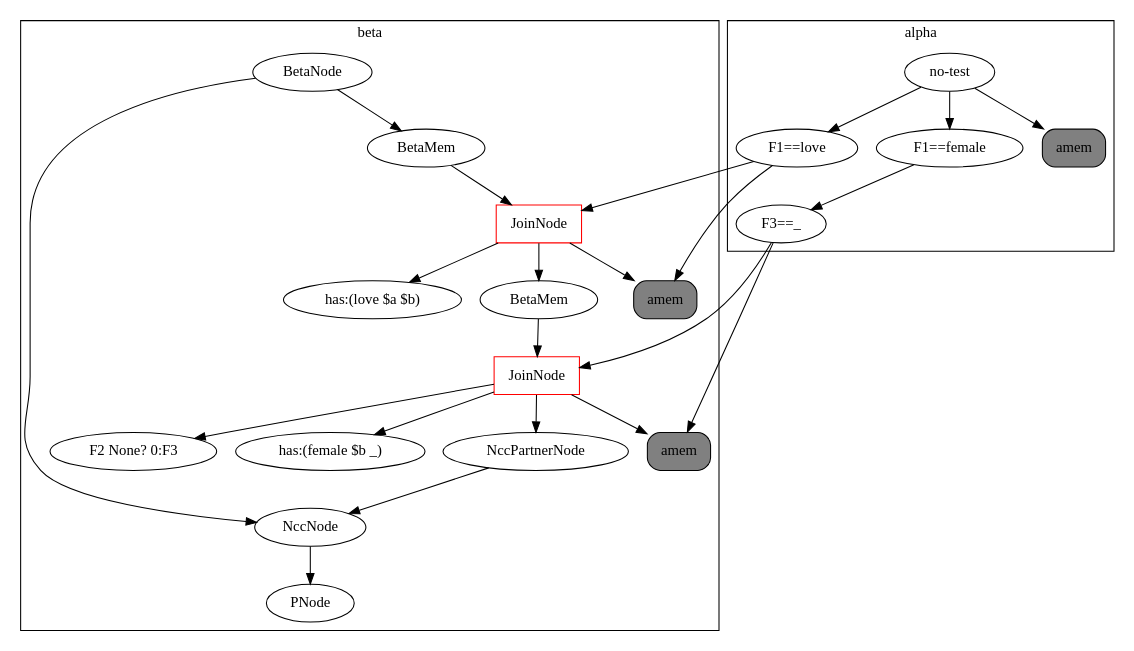
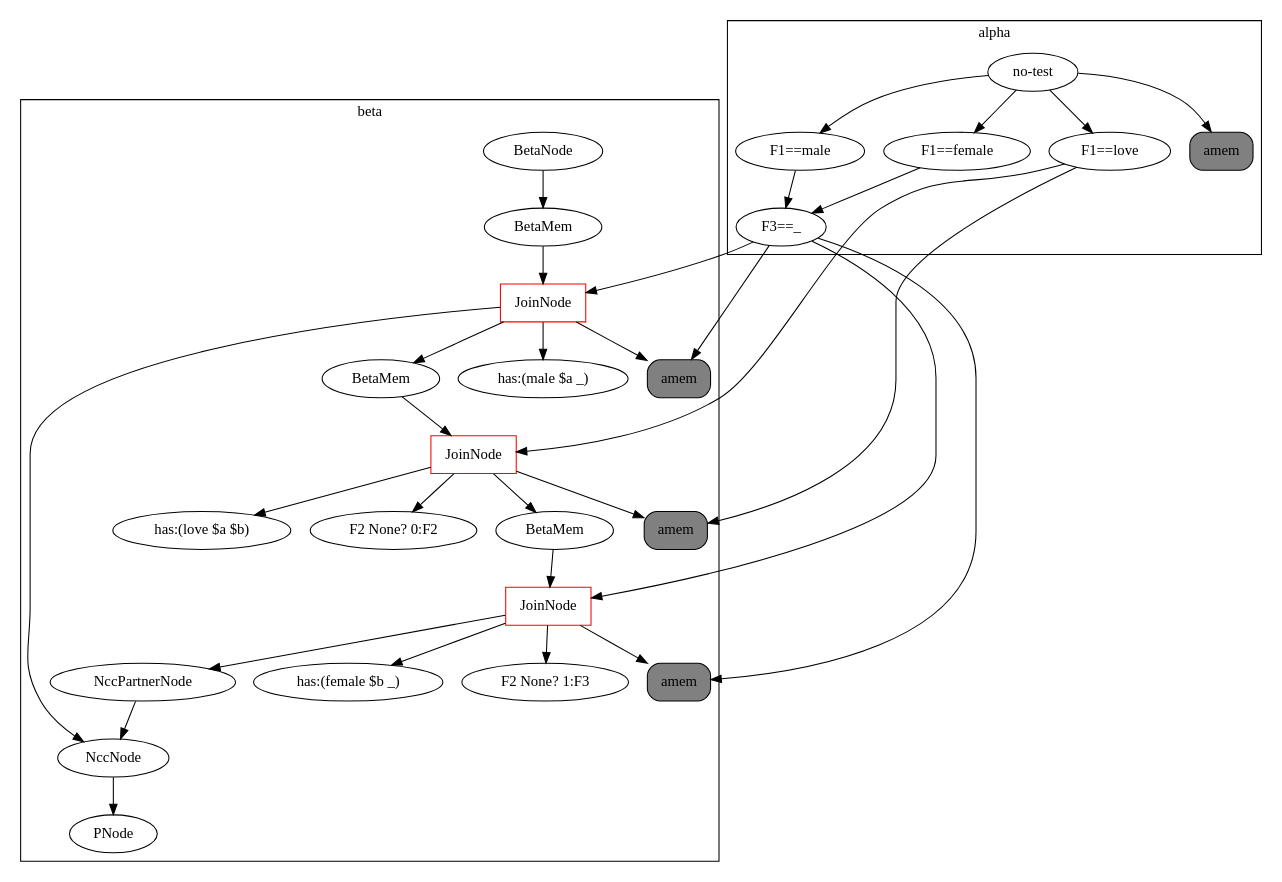
The diagram in rete.dot (Cybernetic1/GIRL), drawn with Graphviz before and after one commit. The commit also changed 8 other files, not shown here.

```diff
--- a/rete.dot
+++ b/rete.dot
@@ -1,40 +1,52 @@
 digraph {
 	subgraph cluster_1 {
 	label = beta
-	"BetaNode 140452181298704" [label="BetaNode"];
-	"BetaNode 140452181298704" -> "BetaMemory 140452181413224";
-	"BetaMemory 140452181413224" [label="BetaMem"];
-	"BetaMemory 140452181413224" -> "JoinNode 140452181413448";
-	"JoinNode 140452181413448" [shape=box, color=red, label="JoinNode"];
-	"JoinNode 140452181413448" -> "amem:<rete.alpha.AlphaMemory object at 0x7fbd92618e10>"
-	"JoinNode 140452181413448" -> "has:(love $a $b)"
-	"JoinNode 140452181413448" -> "BetaMemory 140452181413504";
-	"BetaMemory 140452181413504" [label="BetaMem"];
-	"BetaMemory 140452181413504" -> "JoinNode 140452181413784";
-	"JoinNode 140452181413784" [shape=box, color=red, label="JoinNode"];
-	"JoinNode 140452181413784" -> "amem:<rete.alpha.AlphaMemory object at 0x7fbd92618f60>"
-	"JoinNode 140452181413784" -> "has:(female $b _)"
-	"JoinNode 140452181413784" -> "F2 None? 0:F3"
-	"JoinNode 140452181413784" -> "<rete.ncc_node.NccPartnerNode object at 0x7fbd92618fd0>";
-	"<rete.ncc_node.NccPartnerNode object at 0x7fbd92618fd0>" [label="NccPartnerNode"];
-	"<rete.ncc_node.NccPartnerNode object at 0x7fbd92618fd0>" -> "<rete.ncc_node.NccNode object at 0x7fbd92618d30>";
-	"BetaNode 140452181298704" -> "<rete.ncc_node.NccNode object at 0x7fbd92618d30>";
-	"<rete.ncc_node.NccNode object at 0x7fbd92618d30>" [label="NccNode"];
-	"<rete.ncc_node.NccNode object at 0x7fbd92618d30>" -> "PNode 140452181413112";
-	"PNode 140452181413112" [label="PNode"];
+	"BetaNode 140427264776568" [label="BetaNode"];
+	"BetaNode 140427264776568" -> "BetaMemory 140427264907304";
+	"BetaMemory 140427264907304" [label="BetaMem"];
+	"BetaMemory 140427264907304" -> "JoinNode 140427264907584";
+	"JoinNode 140427264907584" [shape=box, color=red, label="JoinNode"];
+	"JoinNode 140427264907584" -> "amem:<rete.alpha.AlphaMemory object at 0x7fb7c53dd908>"
+	"JoinNode 140427264907584" -> "has:(male $a _)"
+	"JoinNode 140427264907584" -> "BetaMemory 140427264907696";
+	"BetaMemory 140427264907696" [label="BetaMem"];
+	"BetaMemory 140427264907696" -> "JoinNode 140427264907920";
+	"JoinNode 140427264907920" [shape=box, color=red, label="JoinNode"];
+	"JoinNode 140427264907920" -> "amem:<rete.alpha.AlphaMemory object at 0x7fb7c53dda20>"
+	"JoinNode 140427264907920" -> "has:(love $a $b)"
+	"JoinNode 140427264907920" -> "F2 None? 0:F2"
+	"JoinNode 140427264907920" -> "BetaMemory 140427264907976";
+	"BetaMemory 140427264907976" [label="BetaMem"];
+	"BetaMemory 140427264907976" -> "JoinNode 140427264908256";
+	"JoinNode 140427264908256" [shape=box, color=red, label="JoinNode"];
+	"JoinNode 140427264908256" -> "amem:<rete.alpha.AlphaMemory object at 0x7fb7c53ddba8>"
+	"JoinNode 140427264908256" -> "has:(female $b _)"
+	"JoinNode 140427264908256" -> "F2 None? 1:F3"
+	"JoinNode 140427264908256" -> "<rete.ncc_node.NccPartnerNode object at 0x7fb7c53ddc18>";
+	"<rete.ncc_node.NccPartnerNode object at 0x7fb7c53ddc18>" [label="NccPartnerNode"];
+	"<rete.ncc_node.NccPartnerNode object at 0x7fb7c53ddc18>" -> "<rete.ncc_node.NccNode object at 0x7fb7c53dd978>";
+	"JoinNode 140427264907584" -> "<rete.ncc_node.NccNode object at 0x7fb7c53dd978>";
+	"<rete.ncc_node.NccNode object at 0x7fb7c53dd978>" [label="NccNode"];
+	"<rete.ncc_node.NccNode object at 0x7fb7c53dd978>" -> "PNode 140427264907248";
+	"PNode 140427264907248" [label="PNode"];
 	}
 	subgraph cluster_0 {
 	label = alpha
+	"no-test" -> "F1==male";
+	"F1==male" -> "F3==_";
+	"F3==_" -> "amem:<rete.alpha.AlphaMemory object at 0x7fb7c53dd908>";
+	"amem:<rete.alpha.AlphaMemory object at 0x7fb7c53dd908>" [shape=box, style="rounded,filled", label="amem", fillcolor=gray];
 	"no-test" -> "F1==love";
-	"F1==love" -> "amem:<rete.alpha.AlphaMemory object at 0x7fbd92618e10>";
-	"amem:<rete.alpha.AlphaMemory object at 0x7fbd92618e10>" [shape=box, style="rounded,filled", label="amem", fillcolor=gray];
+	"F1==love" -> "amem:<rete.alpha.AlphaMemory object at 0x7fb7c53dda20>";
+	"amem:<rete.alpha.AlphaMemory object at 0x7fb7c53dda20>" [shape=box, style="rounded,filled", label="amem", fillcolor=gray];
 	"no-test" -> "F1==female";
 	"F1==female" -> "F3==_";
-	"F3==_" -> "amem:<rete.alpha.AlphaMemory object at 0x7fbd92618f60>";
-	"amem:<rete.alpha.AlphaMemory object at 0x7fbd92618f60>" [shape=box, style="rounded,filled", label="amem", fillcolor=gray];
-	"no-test" -> "amem:<rete.alpha.AlphaMemory object at 0x7fbd925fcbe0>";
-	"amem:<rete.alpha.AlphaMemory object at 0x7fbd925fcbe0>" [shape=box, style="rounded,filled", label="amem", fillcolor=gray];
+	"F3==_" -> "amem:<rete.alpha.AlphaMemory object at 0x7fb7c53ddba8>";
+	"amem:<rete.alpha.AlphaMemory object at 0x7fb7c53ddba8>" [shape=box, style="rounded,filled", label="amem", fillcolor=gray];
+	"no-test" -> "amem:<rete.alpha.AlphaMemory object at 0x7fb7c53bd6d8>";
+	"amem:<rete.alpha.AlphaMemory object at 0x7fb7c53bd6d8>" [shape=box, style="rounded,filled", label="amem", fillcolor=gray];
 	}
-	"F1==love" -> "JoinNode 140452181413448";
-	"F3==_" -> "JoinNode 140452181413784";
+	"F3==_" -> "JoinNode 140427264907584";
+	"F1==love" -> "JoinNode 140427264907920";
+	"F3==_" -> "JoinNode 140427264908256";
 }
```
